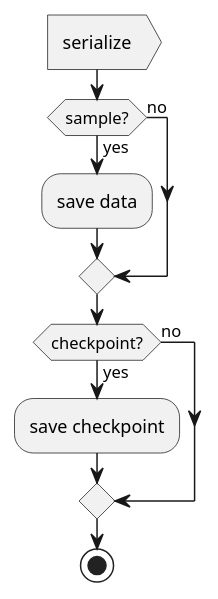
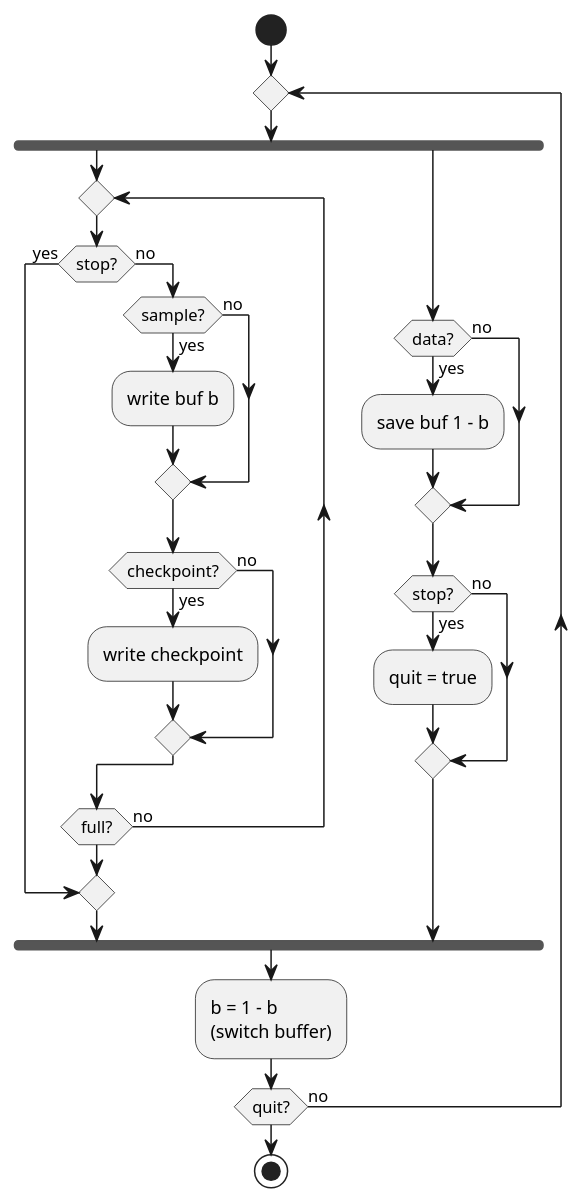
Before and after one commit to kghose/groho: the third of 3 diagrams in docs/uml/flowcharts.puml, drawn with PlantUML. The commit also changed other lines of this file and 2 other files, not shown here.

Commit message:
Depict double buffer dance
This was a hard one, but I think I
finally got it.

```diff
--- a/docs/uml/flowcharts.puml
+++ b/docs/uml/flowcharts.puml
@@ -51,16 +51,49 @@
 @startuml serialize
 
-:serialize>
+start 
 
-if (sample?) then (yes)
-  :save data;
-else (no)
-endif
+repeat
 
-if (checkpoint?) then (yes)
-  :save checkpoint;
-else (no)
-endif
+fork
+
+repeat
+
+  if (stop?) then (yes)
+    break;
+  else (no)
+
+    if (sample?) then (yes)
+      :write buf b;
+    else (no)
+    endif
+
+    if (checkpoint?) then (yes)
+      :write checkpoint;
+    else (no)
+    endif
+
+
+  endif
+
+repeat while(full?) is (no)
+
+fork again
+
+  if (data?) then (yes)
+    :save buf 1 - b;
+  else (no)
+  endif
+
+  if (stop?) then (yes)
+    :quit = true;
+  else (no)
+  endif
+
+end fork
+
+:b = 1 - b\n(switch buffer);
+
+repeat while (quit?) is (no)
 
 stop
 @enduml
```
